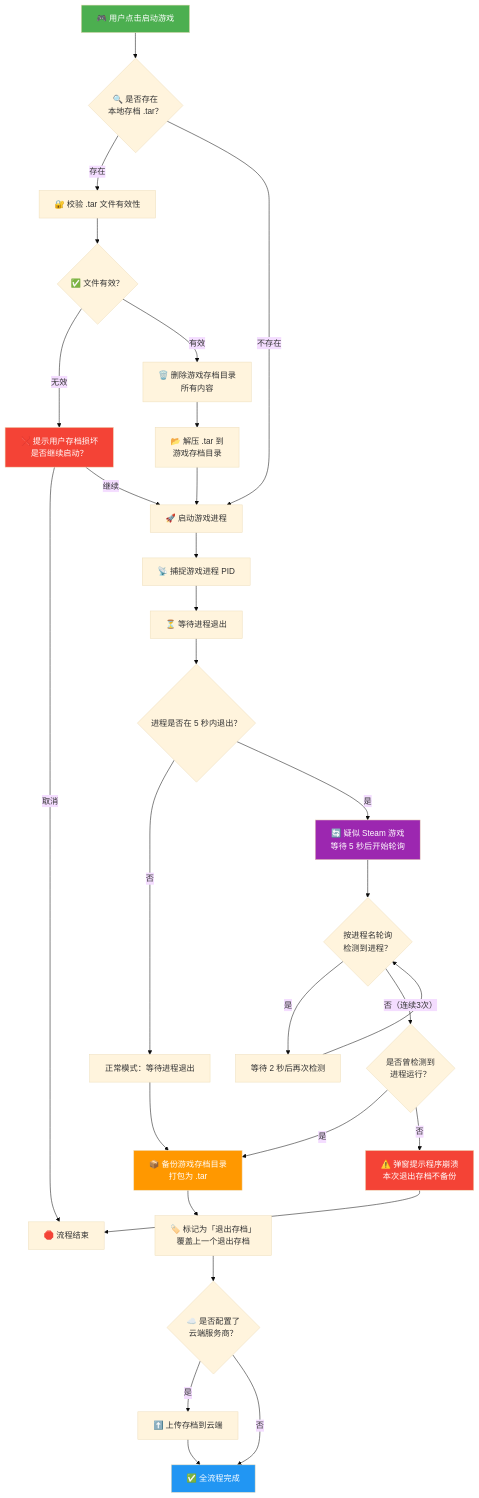
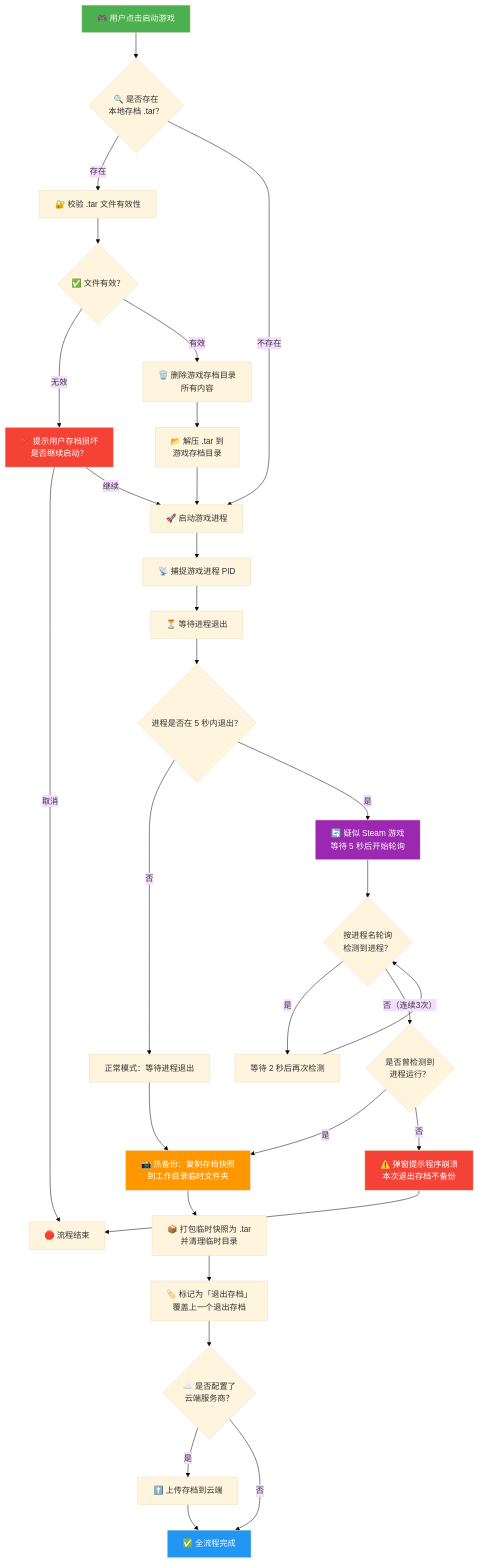
The fourth of 12 diagrams in docs/开发文档.md (yxsj245/gamesave), drawn with Mermaid (base theme) before and after one commit. The commit also changed other lines of this file and 3 other files, not shown here.

````diff
--- a/docs/开发文档.md
+++ b/docs/开发文档.md
@@ -246,41 +246,43 @@
 ```mermaid
 flowchart TD
     A["🎮 用户点击启动游戏"] --> B{"🔍 是否存在<br/>本地存档 .tar？"}
     B -- 存在 --> C["🔐 校验 .tar 文件有效性"]
     B -- 不存在 --> H
 
     C --> D{"✅ 文件有效？"}
     D -- 无效 --> E["❌ 提示用户存档损坏<br/>是否继续启动？"]
     E -- 取消 --> Z["🛑 流程结束"]
     E -- 继续 --> H
     D -- 有效 --> F["🗑️ 删除游戏存档目录<br/>所有内容"]
     F --> G["📂 解压 .tar 到<br/>游戏存档目录"]
     G --> H
 
     H["🚀 启动游戏进程"] --> I["📡 捕捉游戏进程 PID"]
     I --> J["⏳ 等待进程退出"]
     J --> K{"进程是否在 5 秒内退出？"}
     K -- 否 --> L["正常模式：等待进程退出"]
     L --> BACKUP
     K -- 是 --> STEAM["🔄 疑似 Steam 游戏<br/>等待 5 秒后开始轮询"]
     STEAM --> POLL{"按进程名轮询<br/>检测到进程？"}
     POLL -- 是 --> WAIT["等待 2 秒后再次检测"]
     WAIT --> POLL
     POLL -- "否（连续3次）" --> EVER{"是否曾检测到<br/>进程运行？"}
     EVER -- 是 --> BACKUP
     EVER -- 否 --> CRASH["⚠️ 弹窗提示程序崩溃<br/>本次退出存档不备份"]
     CRASH --> Z
 
-    BACKUP["📦 备份游戏存档目录<br/>打包为 .tar"] --> M["🏷️ 标记为「退出存档」<br/>覆盖上一个退出存档"]
+
+    BACKUP["📸 热备份：复制存档快照<br/>到工作目录临时文件夹"] --> TARPACK["📦 打包临时快照为 .tar<br/>并清理临时目录"]
+    TARPACK --> M["🏷️ 标记为「退出存档」<br/>覆盖上一个退出存档"]
     M --> N{"☁️ 是否配置了<br/>云端服务商？"}
     N -- 是 --> O["⬆️ 上传存档到云端"]
     O --> P["✅ 全流程完成"]
     N -- 否 --> P
 
     style A fill:#4CAF50,color:#fff
     style P fill:#2196F3,color:#fff
     style E fill:#f44336,color:#fff
     style CRASH fill:#f44336,color:#fff
     style BACKUP fill:#FF9800,color:#fff
     style STEAM fill:#9C27B0,color:#fff
 ```
````
